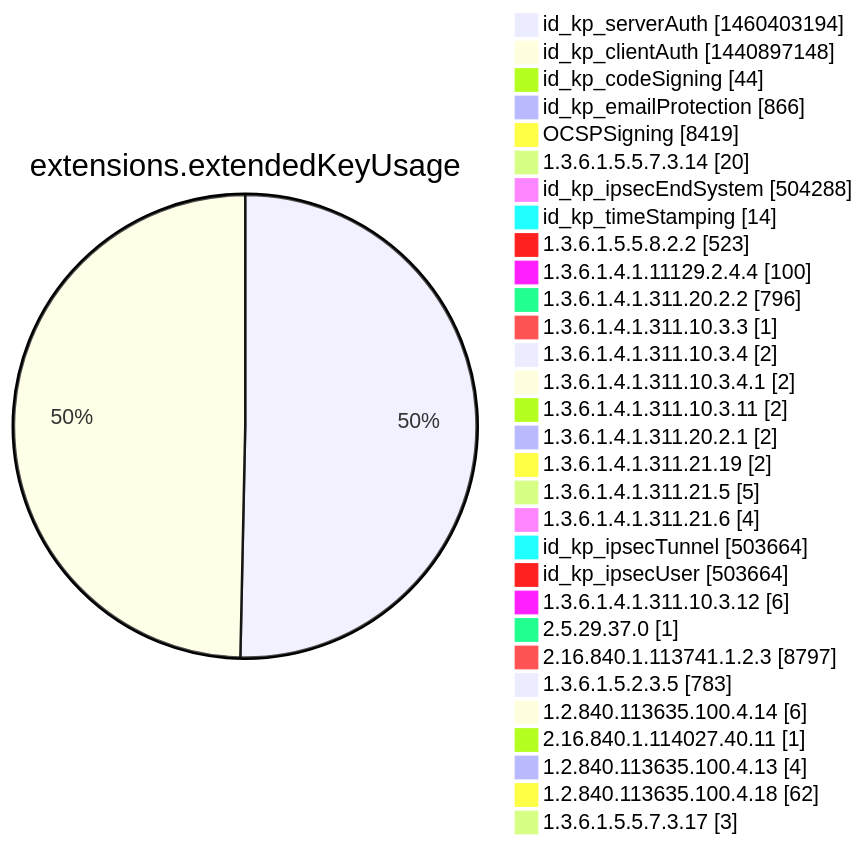
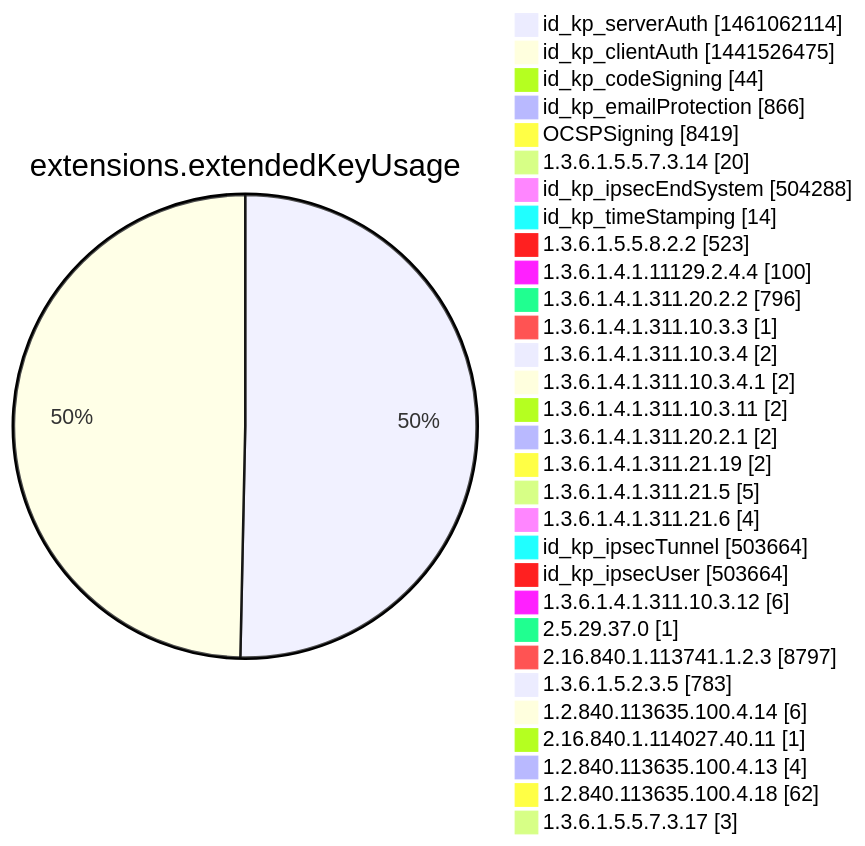
Diagram 12 of 15 in argon2022/README.md (christiankrug/ctmonitor_visualization), drawn with Mermaid before and after one commit. The commit also changed other lines of this file, not shown here.

````diff
--- a/argon2022/README.md
+++ b/argon2022/README.md
@@ -3555,34 +3555,34 @@
 ```mermaid
 pie showData
 title extensions.extendedKeyUsage
-"id_kp_serverAuth" :1460403194
-"id_kp_clientAuth" :1440897148
+"id_kp_serverAuth" :1461062114
+"id_kp_clientAuth" :1441526475
 "id_kp_codeSigning" :44
 "id_kp_emailProtection" :866
 "OCSPSigning" :8419
 "1.3.6.1.5.5.7.3.14" :20
 "id_kp_ipsecEndSystem" :504288
 "id_kp_timeStamping" :14
 "1.3.6.1.5.5.8.2.2" :523
 "1.3.6.1.4.1.11129.2.4.4" :100
 "1.3.6.1.4.1.311.20.2.2" :796
 "1.3.6.1.4.1.311.10.3.3" :1
 "1.3.6.1.4.1.311.10.3.4" :2
 "1.3.6.1.4.1.311.10.3.4.1" :2
 "1.3.6.1.4.1.311.10.3.11" :2
 "1.3.6.1.4.1.311.20.2.1" :2
 "1.3.6.1.4.1.311.21.19" :2
 "1.3.6.1.4.1.311.21.5" :5
 "1.3.6.1.4.1.311.21.6" :4
 "id_kp_ipsecTunnel" :503664
 "id_kp_ipsecUser" :503664
 "1.3.6.1.4.1.311.10.3.12" :6
 "2.5.29.37.0" :1
 "2.16.840.1.113741.1.2.3" :8797
 "1.3.6.1.5.2.3.5" :783
 "1.2.840.113635.100.4.14" :6
 "2.16.840.1.114027.40.11" :1
 "1.2.840.113635.100.4.13" :4
 "1.2.840.113635.100.4.18" :62
 "1.3.6.1.5.5.7.3.17" :3
 ```
````
